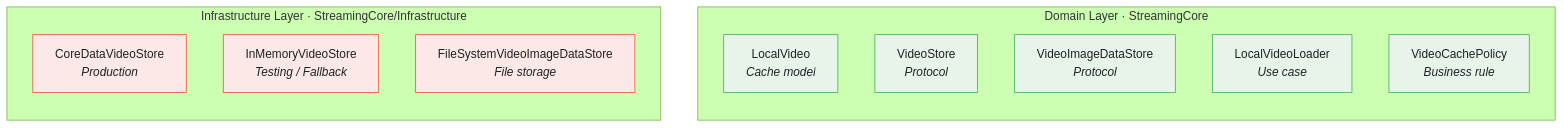
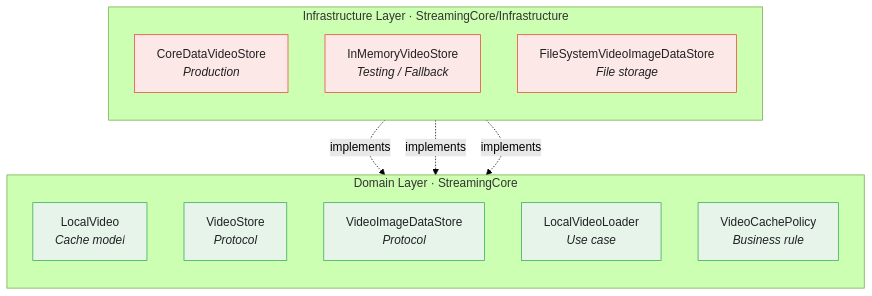
The second of 2 diagrams in docs/CACHING-INFRASTRUCTURE.md (tattva20/StreamingVideoApp), drawn with Mermaid (forest theme) before and after one commit. The commit also changed 20 other files, not shown here.

First line of the commit message:
Refresh docs to match current architecture

````diff
--- a/docs/CACHING-INFRASTRUCTURE.md
+++ b/docs/CACHING-INFRASTRUCTURE.md
@@ -460,23 +460,27 @@
 ```mermaid
 flowchart TD
     subgraph DL["Domain Layer · StreamingCore"]
         direction TB
         DL1["LocalVideo<br/><i>Cache model</i>"]
         DL2["VideoStore<br/><i>Protocol</i>"]
         DL3["VideoImageDataStore<br/><i>Protocol</i>"]
         DL4["LocalVideoLoader<br/><i>Use case</i>"]
         DL5["VideoCachePolicy<br/><i>Business rule</i>"]
     end
 
     subgraph IL["Infrastructure Layer · StreamingCore/Infrastructure"]
         direction TB
         IL1["CoreDataVideoStore<br/><i>Production</i>"]
         IL2["InMemoryVideoStore<br/><i>Testing / Fallback</i>"]
         IL3["FileSystemVideoImageDataStore<br/><i>File storage</i>"]
     end
 
+    IL1 -.->|implements| DL2
+    IL2 -.->|implements| DL2
+    IL3 -.->|implements| DL3
+
     classDef core fill:#e6f4ea,stroke:#34a853,color:#202124;
     classDef impure fill:#fce8e6,stroke:#ea4335,color:#202124;
     class DL1,DL2,DL3,DL4,DL5 core
     class IL1,IL2,IL3 impure
 ```
````
